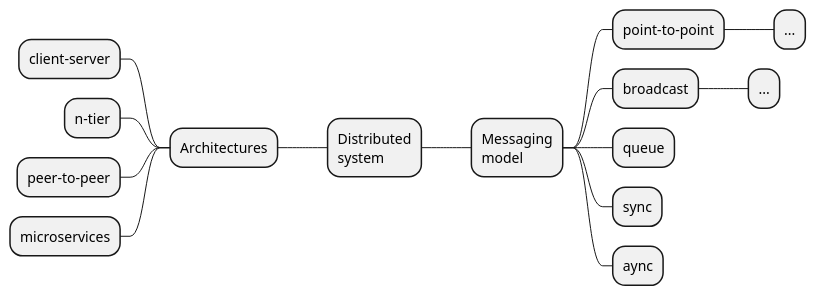
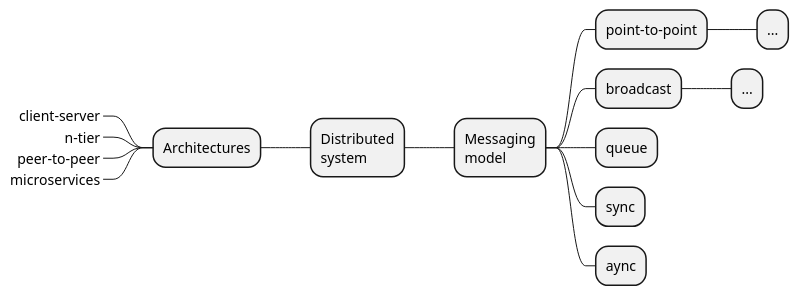
The diagram in messaging-roadmap.iuml (levplotkin/messaging-roadmap), drawn with PlantUML before and after one commit.

```diff
--- a/messaging-roadmap.iuml
+++ b/messaging-roadmap.iuml
@@ -1,23 +1,21 @@
 @startmindmap
 
-* Distributed\nsystem
-** Messaging\nmodel
-*** point-to-point
-**** ...
-*** broadcast
++ Distributed\nsystem
+++ Messaging\nmodel
++++ point-to-point
+++++ ...
++++ broadcast
 
-**** ...
-*** queue
-*** sync
-*** aync
+++++ ...
++++ queue
++++ sync
++++ aync
+
+-- Architectures
+---_ client–server
+---_ n-tier
+---_ peer-to-peer
+---_ microservices
 
 
-
-left side
-** Architectures
-*** client–server
-*** n-tier
-*** peer-to-peer
-*** microservices
-
 @endmindmap
```
